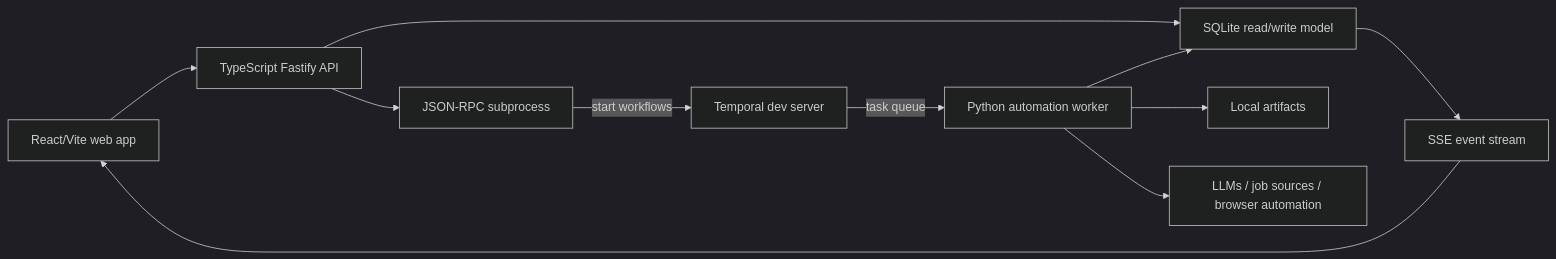
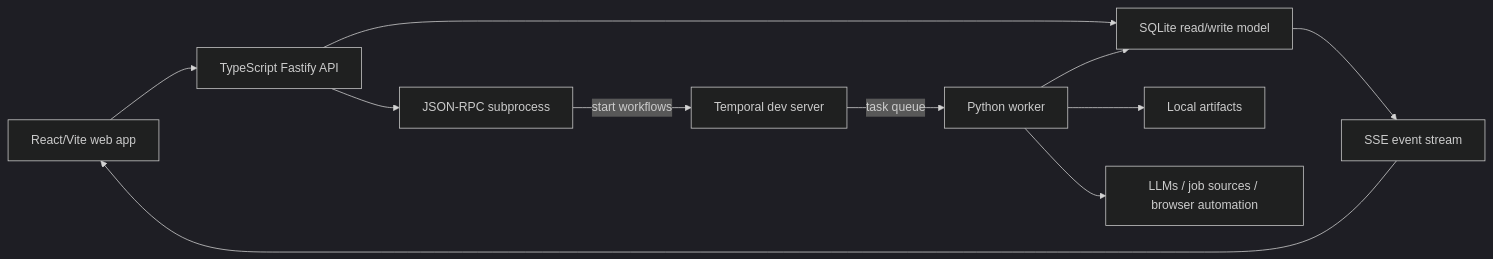
One commit to ebarti/JobCtrl changed the diagram in docs/developer/README.md. Above: the diagram before and after it, drawn with Mermaid (dark theme). The commit also changed other lines of this file and 7 other files, not shown here.

````diff
--- a/docs/developer/README.md
+++ b/docs/developer/README.md
@@ -21,13 +31,13 @@
 ```mermaid
 flowchart LR
   Web["React/Vite web app"] --> Api["TypeScript Fastify API"]
   Api --> Db["SQLite read/write model"]
   Api --> Rpc["JSON-RPC subprocess"]
   Rpc -- "start workflows" --> Temporal["Temporal dev server"]
-  Temporal -- "task queue" --> Worker["Python automation worker"]
+  Temporal -- "task queue" --> Worker["Python worker"]
   Worker --> Db
   Worker --> Files["Local artifacts"]
   Worker --> Providers["LLMs / job sources / browser automation"]
   Db --> Sse["SSE event stream"]
   Sse --> Web
 ```
````
